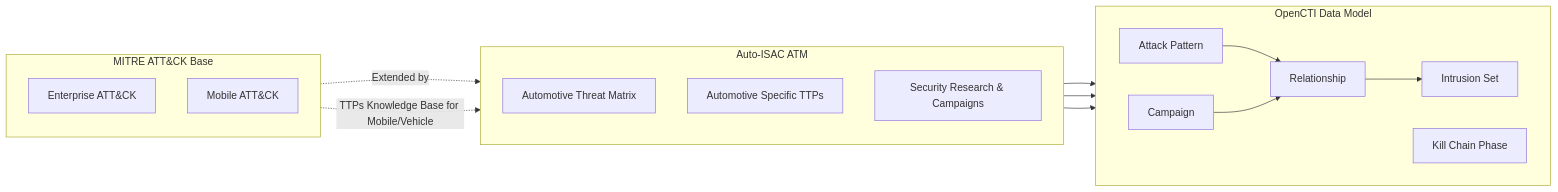
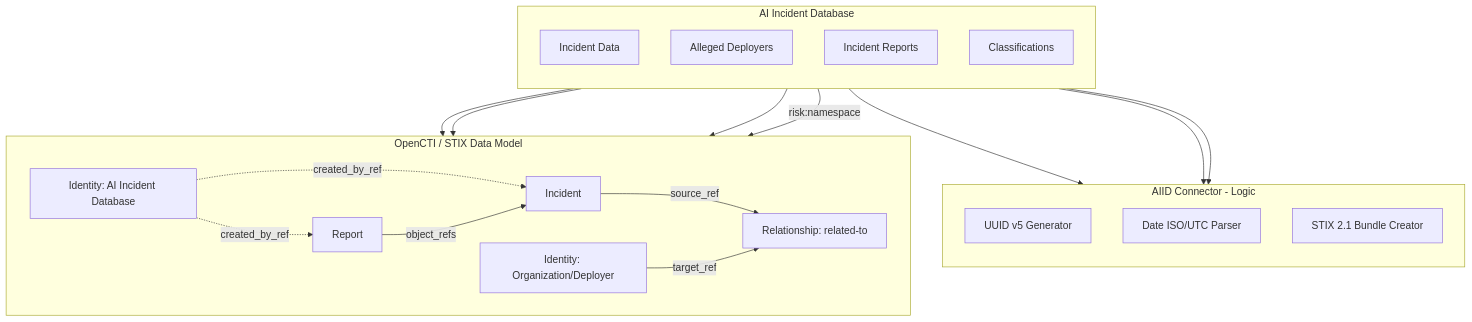
One commit to SERLABUniba/opencti_connector_aiid changed the diagram in README.md. Above: the diagram before and after it, drawn with Mermaid.

Commit message:
Update README.md - graph

````diff
--- a/README.md
+++ b/README.md
@@ -233,39 +233,45 @@
 ```mermaid
-graph LR
-    subgraph MITRE_Reference [MITRE ATT&CK Base]
+graph TD
+    subgraph AIID_Source [AI Incident Database]
         direction TB
-        Enterprise[Enterprise ATT&CK]
-        Mobile[Mobile ATT&CK]
+        RawIncident[Incident Data]
+        RawDeployers[Alleged Deployers]
+        RawReports[Incident Reports]
+        RawClass[Classifications]
     end
 
-    subgraph AutoISAC_ATM [Auto-ISAC ATM]
+    subgraph Connector_Logic [AIID Connector - Logic]
         direction TB
-        ATMMatrix[Automotive Threat Matrix]
-        ATMTechniques[Automotive Specific TTPs]
-        ATMCampaigns[Security Research & Campaigns]
+        UUIDGen[UUID v5 Generator]
+        DateParse[Date ISO/UTC Parser]
+        BundleWrap[STIX 2.1 Bundle Creator]
     end
 
-    subgraph OpenCTI_Model [OpenCTI Data Model]
+    subgraph OpenCTI_Entities [OpenCTI / STIX Data Model]
         direction LR
-        AttackPattern[Attack Pattern]
-        Campaign[Campaign]
-        InSet[Intrusion Set]
-        KillChain[Kill Chain Phase]
-        Rel[Relationship]
+        IdentityAuthor[Identity: AI Incident Database]
+        IncidentEntity[Incident]
+        IdentityDeployer[Identity: Organization/Deployer]
+        ReportEntity[Report]
+        Rel[Relationship: related-to]
     end
 
-    %% Inheritance
-    Enterprise -.-> |"Extended by"| ATMMatrix
-    Mobile -.-> |"TTPs Knowledge Base for Mobile/Vehicle"| ATMTechniques
+    %% Data FLow
+    RawIncident --> UUIDGen
+    RawDeployers --> UUIDGen
+    RawReports --> UUIDGen
 
-    %% Mapping ATM -> OpenCTI
-    ATMMatrix --> KillChain
-    ATMTechniques --> AttackPattern
-    ATMCampaigns --> Campaign
-    
-    %% Relationship for the Model
-    AttackPattern --> Rel
-    Campaign --> Rel
-    Rel --> InSet
+    %% Mapping
+    RawIncident --> IncidentEntity
+    RawDeployers --> IdentityDeployer
+    RawReports --> ReportEntity
+    RawClass --> |"risk:namespace"| IncidentEntity
+
+    %% Relationships
+    IdentityAuthor -.-> |"created_by_ref"| IncidentEntity
+    IdentityAuthor -.-> |"created_by_ref"| ReportEntity
+    IncidentEntity --> |"source_ref"| Rel
+    IdentityDeployer --> |"target_ref"| Rel
+    ReportEntity --> |"object_refs"| IncidentEntity
 
 ```
````
